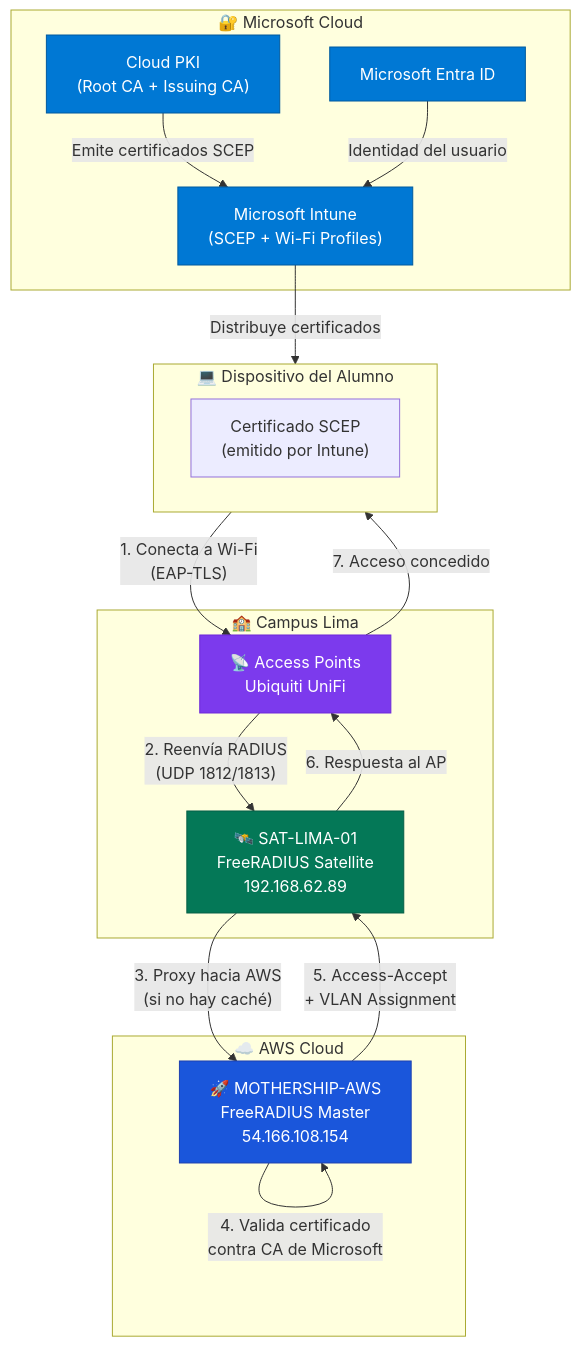
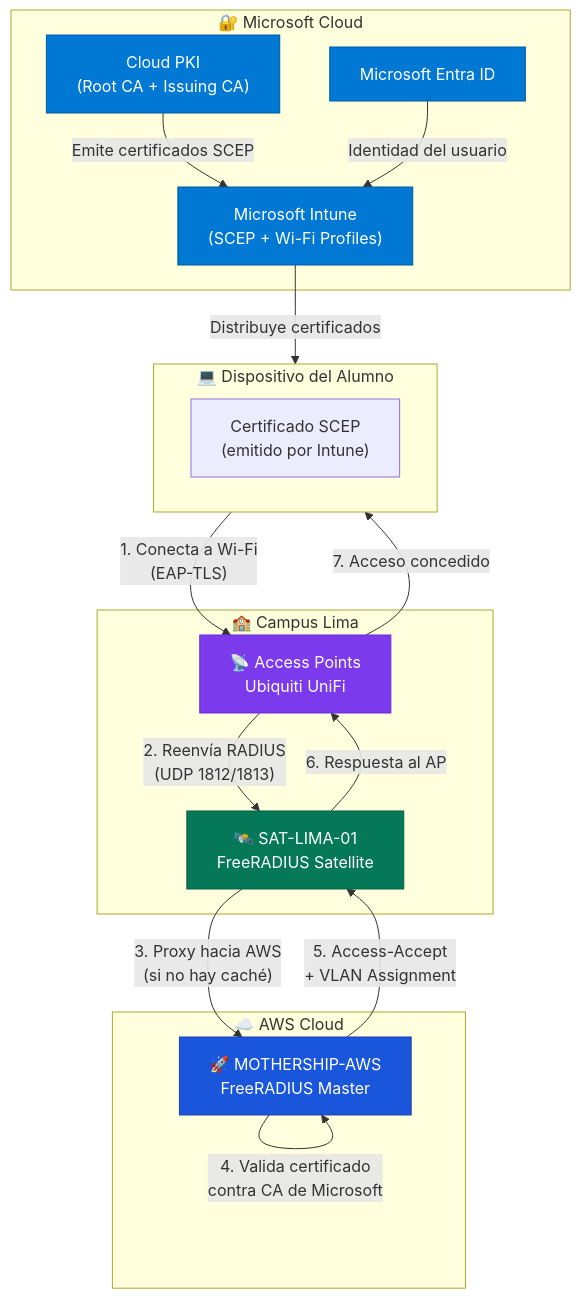
The diagram in docs/01-arquitectura/flujo-autenticacion.md (UPeU-CRAI/upeu-mothership-radius), drawn with Mermaid before and after one commit. The commit also changed other lines of this file and 5 other files, not shown here.

````diff
--- a/docs/01-arquitectura/flujo-autenticacion.md
+++ b/docs/01-arquitectura/flujo-autenticacion.md
@@ -11,40 +16,40 @@
 ```mermaid
 flowchart TD
     subgraph Campus["🏫 Campus Lima"]
         AP["📡 Access Points<br/>Ubiquiti UniFi"]
-        SAT["🛰️ SAT-LIMA-01<br/>FreeRADIUS Satellite<br/>192.168.62.89"]
+        SAT["🛰️ SAT-LIMA-01<br/>FreeRADIUS Satellite<br/><IP_SAT_LIMA_01>"]
     end
 
     subgraph AWS["☁️ AWS Cloud"]
-        MOTH["🚀 MOTHERSHIP-AWS<br/>FreeRADIUS Master<br/>54.166.108.154"]
+        MOTH["🚀 MOTHERSHIP-AWS<br/>FreeRADIUS Master<br/><IP_ELASTICA_MOTHERSHIP>"]
     end
 
     subgraph Microsoft["🔐 Microsoft Cloud"]
         ENTRA["Microsoft Entra ID"]
         PKI["Cloud PKI<br/>(Root CA + Issuing CA)"]
         INTUNE["Microsoft Intune<br/>(SCEP + Wi-Fi Profiles)"]
     end
 
     subgraph Device["💻 Dispositivo del Alumno"]
         CERT["Certificado SCEP<br/>(emitido por Intune)"]
     end
 
     Device -->|"1. Conecta a Wi-Fi<br/>(EAP-TLS)"| AP
     AP -->|"2. Reenvía RADIUS<br/>(UDP 1812/1813)"| SAT
     SAT -->|"3. Proxy hacia AWS<br/>(si no hay caché)"| MOTH
     MOTH -->|"4. Valida certificado<br/>contra CA de Microsoft"| MOTH
     MOTH -->|"5. Access-Accept<br/>+ VLAN Assignment"| SAT
     SAT -->|"6. Respuesta al AP"| AP
     AP -->|"7. Acceso concedido"| Device
 
     INTUNE -->|"Distribuye certificados"| Device
     PKI -->|"Emite certificados SCEP"| INTUNE
     ENTRA -->|"Identidad del usuario"| INTUNE
 
     style MOTH fill:#1a56db,color:#fff,stroke:#1e40af
     style SAT fill:#047857,color:#fff,stroke:#065f46
     style AP fill:#7c3aed,color:#fff,stroke:#6d28d9
     style ENTRA fill:#0078d4,color:#fff,stroke:#005a9e
     style PKI fill:#0078d4,color:#fff,stroke:#005a9e
     style INTUNE fill:#0078d4,color:#fff,stroke:#005a9e
 ```
````
